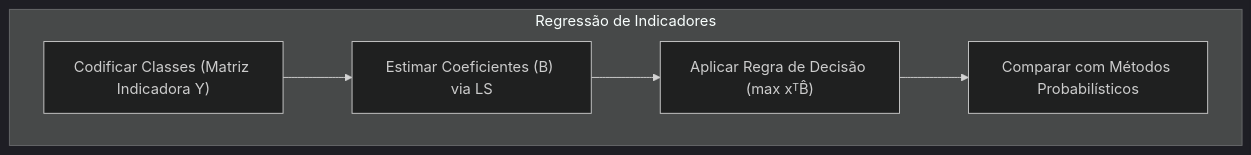
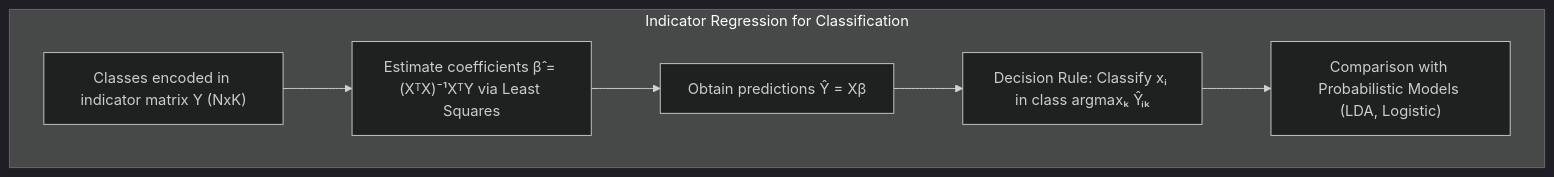
Before and after one commit to diegomrodrigues/statistical_learning_notes: the fourth of 7 diagrams in 03. Additive Models/01. Generalized Additive Models/02. Mathematical Representation.md, drawn with Mermaid (dark theme). The commit also changed other lines of this file and 228 other files, not shown here.

````diff
--- a/03. Additive Models/01. Generalized Additive Models/02. Mathematical Representation.md
+++ b/03. Additive Models/01. Generalized Additive Models/02. Mathematical Representation.md
@@ -197,8 +183,9 @@
 ```mermaid
 flowchart TD
-  subgraph "Regressão de Indicadores"
-    A["Codificar Classes (Matriz Indicadora Y)"] --> B["Estimar Coeficientes (B) via LS"]
-    B --> C["Aplicar Regra de Decisão (max xᵀB̂)"]
-    C --> D["Comparar com Métodos Probabilísticos"]
+  subgraph "Indicator Regression for Classification"
+    A["Classes encoded in indicator matrix Y (NxK)"] --> B["Estimate coefficients β̂ = (XᵀX)⁻¹XᵀY via Least Squares"]
+    B --> C["Obtain predictions Ŷ = Xβ̂"]
+    C --> D["Decision Rule: Classify xᵢ in class argmaxₖ Ŷᵢₖ"]
+    D --> E["Comparison with Probabilistic Models (LDA, Logistic)"]
   end
 ```
````
